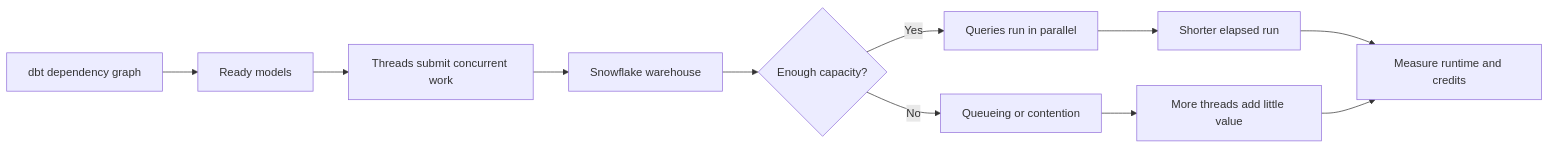
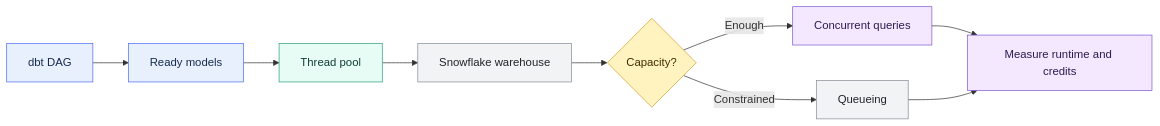
The first of 2 diagrams in 02 dbt/04 Incremental Processing and Performance/37 Threads Warehouse Sizing and Snowflake Cost.md (shonningsoy/Upskill), drawn with Mermaid before and after one commit. The commit also changed other lines of this file and 31 other files, not shown here.

````diff
--- a/02 dbt/04 Incremental Processing and Performance/37 Threads Warehouse Sizing and Snowflake Cost.md
+++ b/02 dbt/04 Incremental Processing and Performance/37 Threads Warehouse Sizing and Snowflake Cost.md
@@ -77,13 +78,22 @@
 ```mermaid
 flowchart LR
-    A["dbt dependency graph"] --> B["Ready models"]
-    B --> C["Threads submit concurrent work"]
-    C --> D["Snowflake warehouse"]
-    D --> E{"Enough capacity?"}
-    E -->|Yes| F["Queries run in parallel"]
-    E -->|No| G["Queueing or contention"]
-    F --> H["Shorter elapsed run"]
-    G --> I["More threads add little value"]
-    H --> J["Measure runtime and credits"]
-    I --> J
+    A[dbt DAG] --> B[Ready models]
+    B --> C[Thread pool]
+    C --> D[Snowflake warehouse]
+    D --> E{Capacity?}
+    E -->|Enough| F[Concurrent queries]
+    E -->|Constrained| G[Queueing]
+    F --> H[Measure runtime and credits]
+    G --> H
+
+    classDef input fill:#E8F0FE,stroke:#4C6EF5,color:#172B4D
+    classDef control fill:#FFF3BF,stroke:#D69E2E,color:#3D2E00
+    classDef dbt fill:#E6FCF5,stroke:#2F9E7B,color:#123C34
+    classDef platform fill:#F1F3F5,stroke:#868E96,color:#212529
+    classDef output fill:#F3E8FF,stroke:#805AD5,color:#2D1B4E
+    class A,B input
+    class C dbt
+    class D,G platform
+    class E control
+    class F,H output
 ```
````
